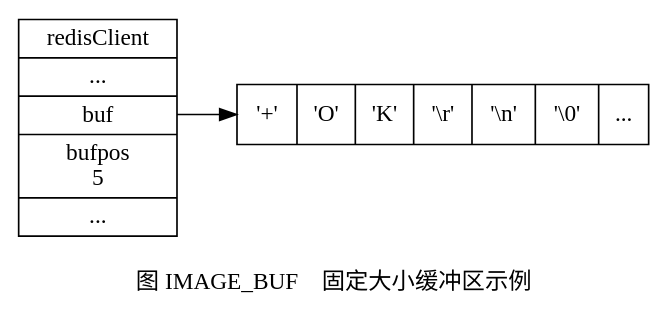
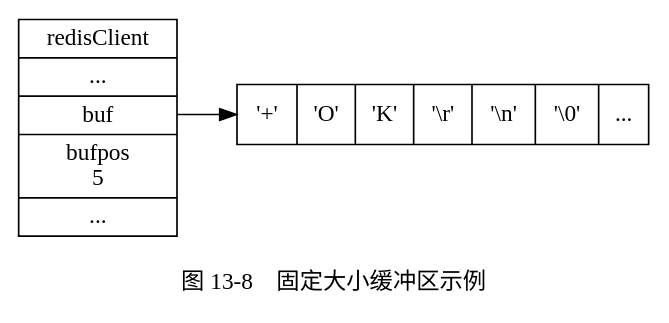
The sixth of 9 diagrams in preview/client/redis_client_property.rst (huangzworks/redisbook1e), drawn with Graphviz before and after one commit. The commit also changed other lines of this file and 4 other files, not shown here.

Commit message:
修正图 13-5 、14-3 和 14-6 ，感谢 凯旋冲锋 的提醒。

```diff
--- a/preview/client/redis_client_property.rst
+++ b/preview/client/redis_client_property.rst
@@ -559,17 +559,17 @@
 .. graphviz::
 
     digraph {
 
-        label = "\n 图 IMAGE_BUF    固定大小缓冲区示例";
+        label = "\n 图 13-8    固定大小缓冲区示例";
 
         rankdir = LR;
 
         node [shape = record];
 
         redisClient [label = " redisClient | ... | <buf> buf | bufpos \n 5 | ... "];
 
         buf [label = " { '+' | 'O' | 'K' | '\\r' | '\\n' | '\\0' | ... } "];
 
         redisClient:buf -> buf;
 
     }
```
